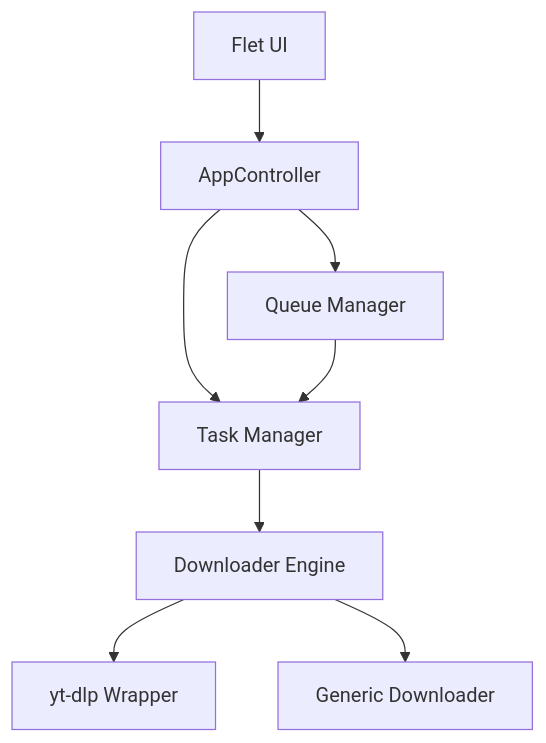
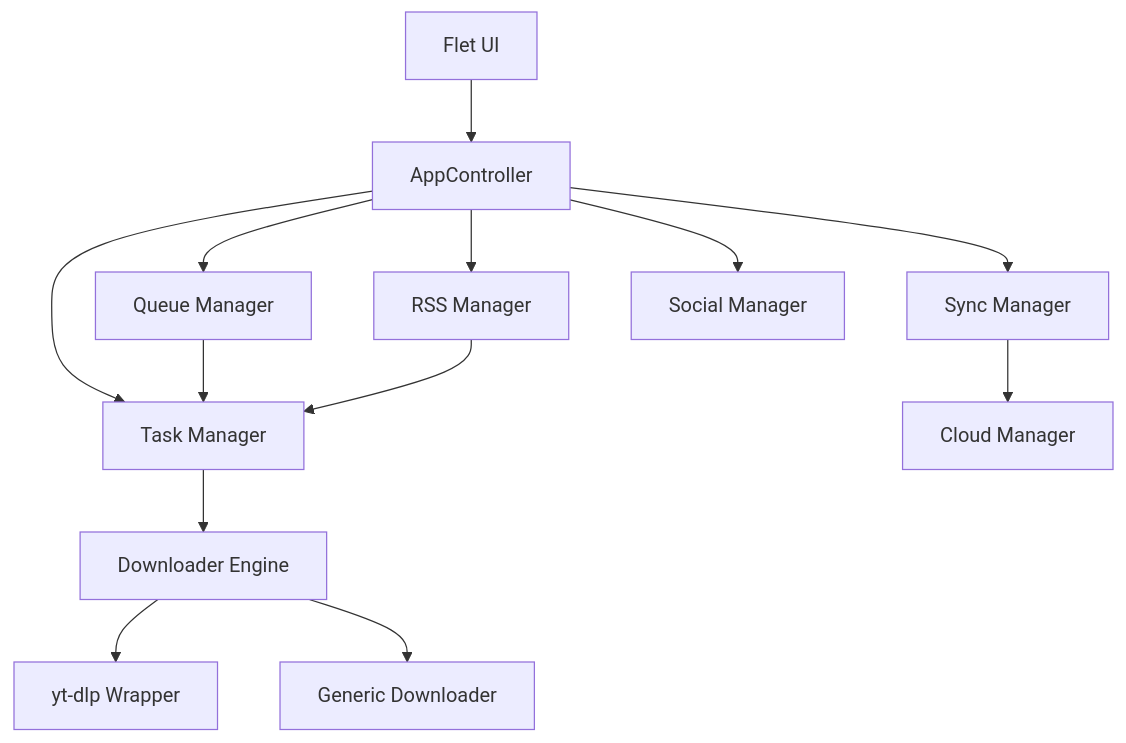
The diagram in wiki/Architecture.md (AmirrezaFarnamTaheri/YTDownloader), drawn with Mermaid before and after one commit. The commit also changed other lines of this file and 5 other files, not shown here.

````diff
--- a/wiki/Architecture.md
+++ b/wiki/Architecture.md
@@ -7,10 +7,15 @@
 ```mermaid
 graph TD
     UI[Flet UI] --> AppController
     AppController --> TaskManager[Task Manager]
     AppController --> QueueManager[Queue Manager]
+    AppController --> RSSManager[RSS Manager]
+    AppController --> SyncManager[Sync Manager]
+    AppController --> SocialManager[Social Manager]
     TaskManager --> Downloader[Downloader Engine]
     Downloader --> YTDLP[yt-dlp Wrapper]
     Downloader --> Generic[Generic Downloader]
     QueueManager --> TaskManager
+    SyncManager --> CloudManager[Cloud Manager]
+    RSSManager --> TaskManager
 ```
````
